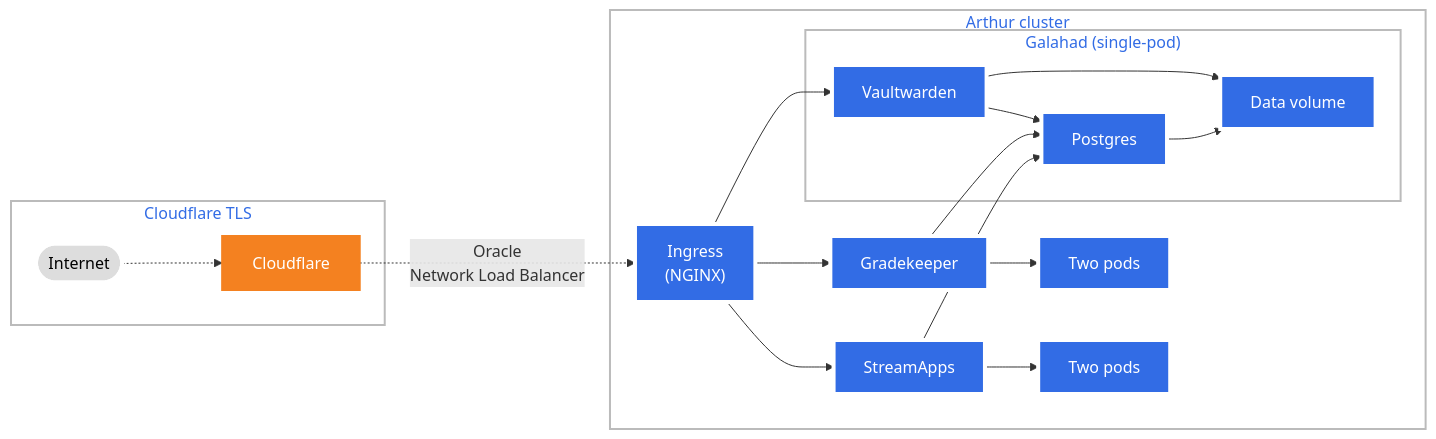
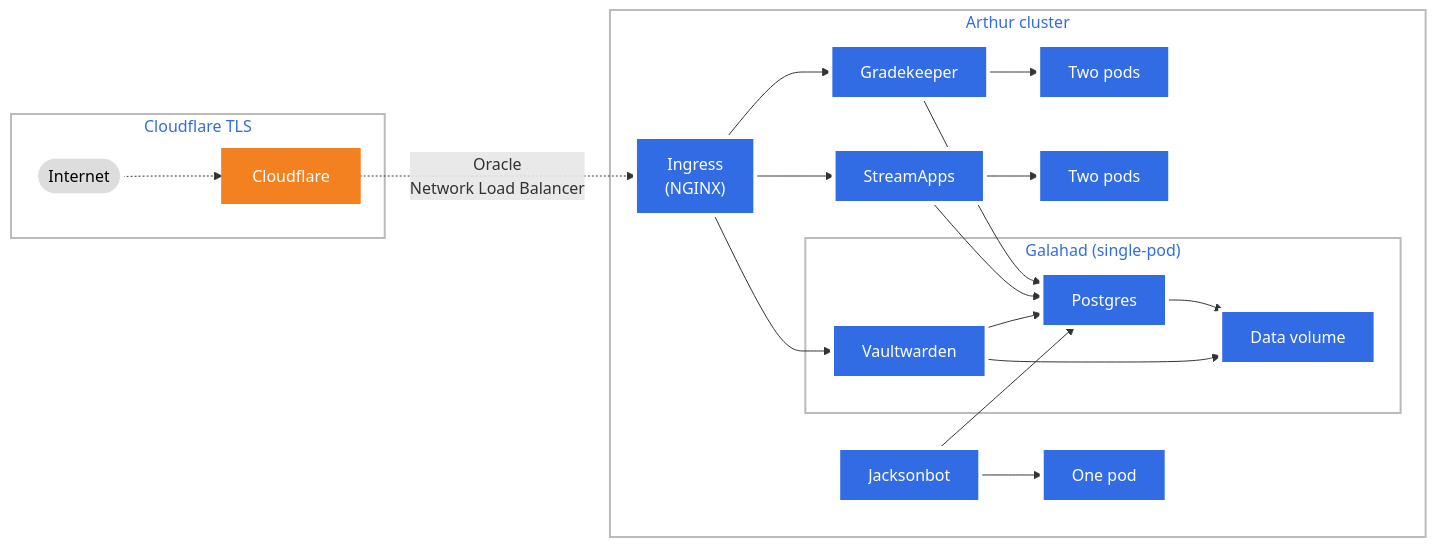
The diagram in README.md (jacksonrakena/infrastructure), drawn with Mermaid before and after one commit.

Commit message:
Update Mermaid chart

````diff
--- a/README.md
+++ b/README.md
@@ -2,33 +2,36 @@
 ```mermaid
 graph LR;
  subgraph cf_tls[Cloudflare TLS];
  client([Internet])-..->cf[Cloudflare];
  end;
  cf-. Oracle <br> Network Load Balancer .->ingress["Ingress<br>(NGINX)"];
  subgraph cluster[Arthur cluster]
  ingress;
  ingress-->gk[Gradekeeper];
  ingress-->sa[StreamApps];
  ingress-->vw[Vaultwarden];
+ jb[Jacksonbot];
+ jb-->jb_onepod[One pod];
+ jb-->pg;
  subgraph galahad["Galahad (single-pod)"]
  vw;
  pg[Postgres];
  vw-->pg;
  agd[Data volume];
  vw-->agd;
  pg-->agd;
  end
  gk-->pg;
  sa-->pg;
  gk-->gk_twopods[Two pods];
  sa-->sa_twopods[Two pods];
  end
  classDef plain fill:#ddd,stroke:#fff,stroke-width:4px,color:#000;
  classDef k8s fill:#326ce5,stroke:#fff,stroke-width:4px,color:#fff;
  classDef cluster fill:#fff,stroke:#bbb,stroke-width:2px,color:#326ce5;
  classDef cloudflare fill:#F48120,stroke:#F48120,stroke-width:2px,color:white;
- class agd,ingress,service,pod1,pod2,gk,sa,vw,pg,gk_twopods,sa_twopods k8s;
+ class agd,jb,jb_onepod,ingress,service,pod1,pod2,gk,sa,vw,pg,gk_twopods,sa_twopods k8s;
  class client plain;
  class cf cloudflare;
  class cluster cluster;
 ```
````
